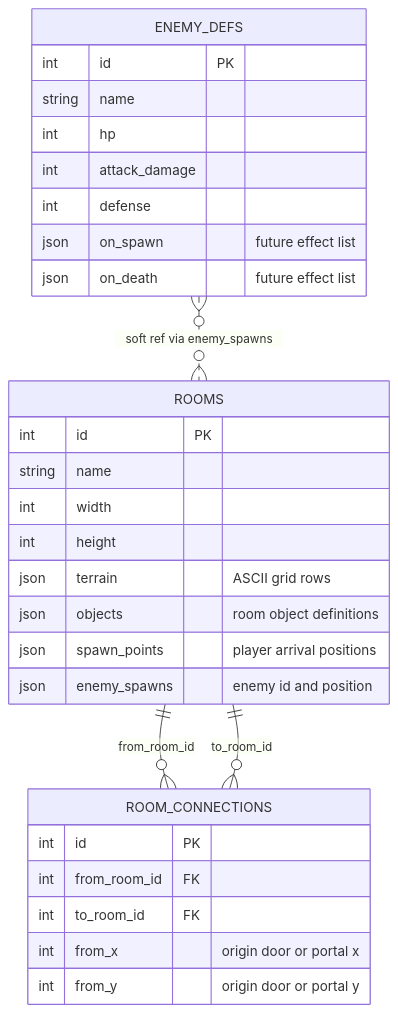
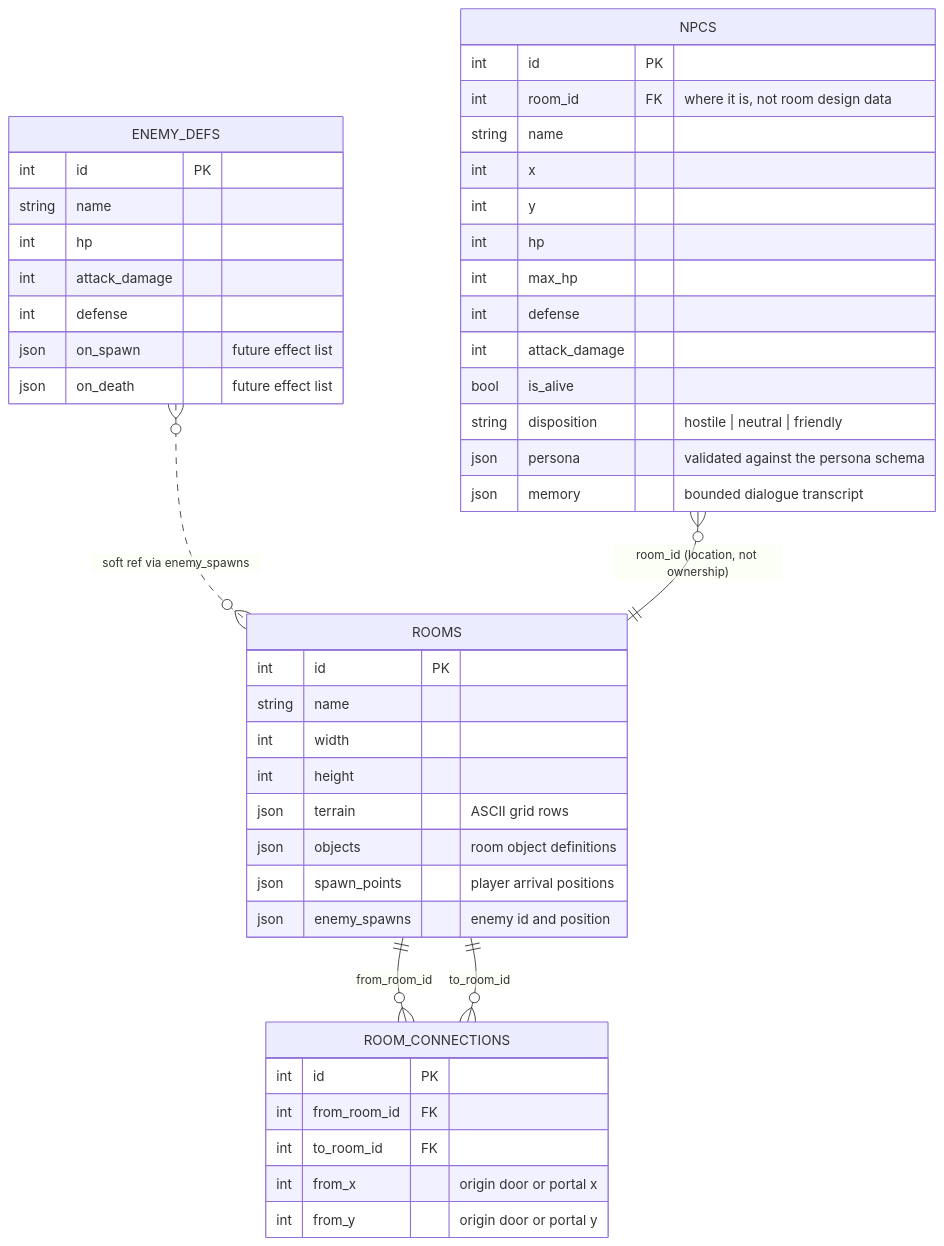
One commit to GoldenWind8/roguelike-mvp changed the first of 2 diagrams in docs/DB_SCHEMA.md. Above: the diagram before and after it, drawn with Mermaid. The commit also changed other lines of this file and 22 other files, not shown here.

````diff
--- a/docs/DB_SCHEMA.md
+++ b/docs/DB_SCHEMA.md
@@ -17,35 +18,52 @@
 ```mermaid
 erDiagram
     ROOMS ||--o{ ROOM_CONNECTIONS : "from_room_id"
     ROOMS ||--o{ ROOM_CONNECTIONS : "to_room_id"
     ENEMY_DEFS }o..o{ ROOMS : "soft ref via enemy_spawns"
+    NPCS }o--|| ROOMS : "room_id (location, not ownership)"
+
+    NPCS {
+        int id PK
+        int room_id FK "where it is, not room design data"
+        string name
+        int x
+        int y
+        int hp
+        int max_hp
+        int defense
+        int attack_damage
+        bool is_alive
+        string disposition "hostile | neutral | friendly"
+        json persona "validated against the persona schema"
+        json memory "bounded dialogue transcript"
+    }
 
     ROOMS {
         int id PK
         string name
         int width
         int height
         json terrain "ASCII grid rows"
         json objects "room object definitions"
         json spawn_points "player arrival positions"
         json enemy_spawns "enemy id and position"
     }
 
     ROOM_CONNECTIONS {
         int id PK
         int from_room_id FK
         int to_room_id FK
         int from_x "origin door or portal x"
         int from_y "origin door or portal y"
     }
 
     ENEMY_DEFS {
         int id PK
         string name
         int hp
         int attack_damage
         int defense
         json on_spawn "future effect list"
         json on_death "future effect list"
     }
 ```
````
